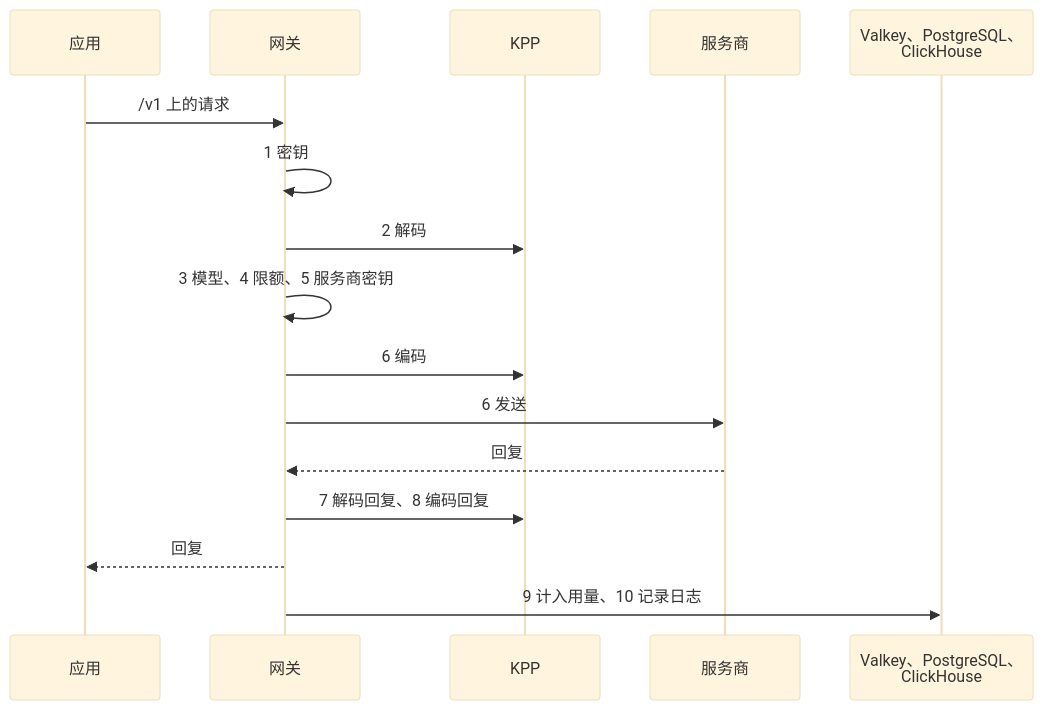
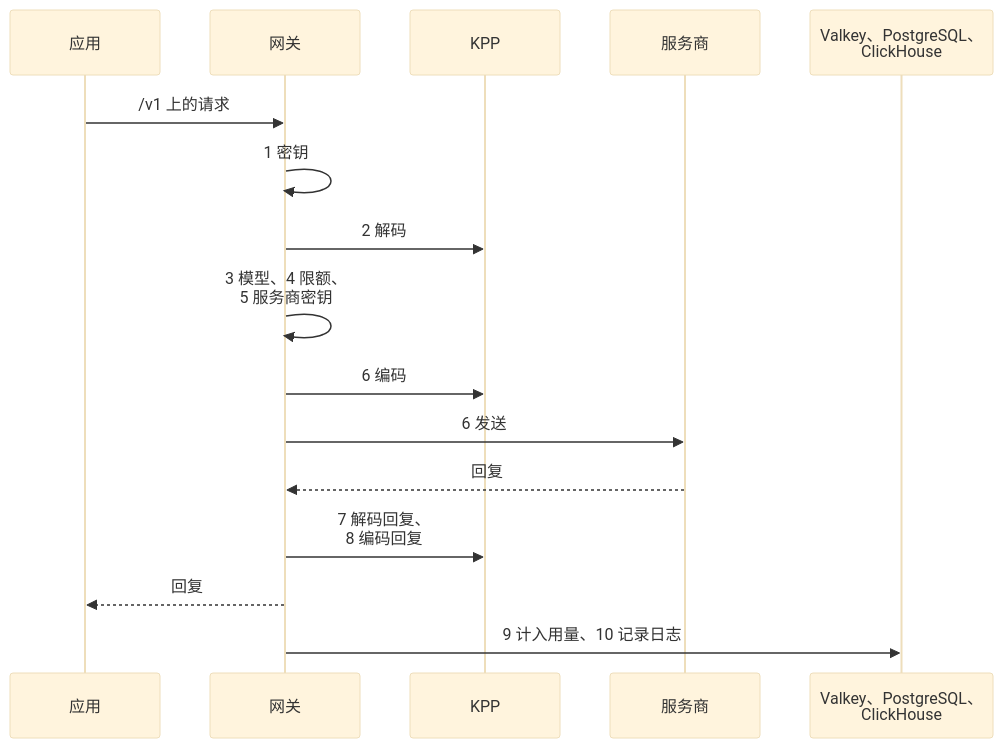
The diagram in apps/docs/content/zh-CN/development/architecture/gateway.md (logicplanes/kaeso), drawn with Mermaid (base theme) before and after one commit. The commit also changed other lines of this file and 34 other files, not shown here.

First line of the commit message:
Make the architecture overview a short guide and tighten the gateway and console pages

````diff
--- a/apps/docs/content/zh-CN/development/architecture/gateway.md
+++ b/apps/docs/content/zh-CN/development/architecture/gateway.md
@@ -11,20 +13,20 @@
 ```mermaid
 sequenceDiagram
   accTitle: 模型 API 的请求路径
   accDescr: 网关检查密钥，用 KPP 解码请求，解析模型，检查限额，选择服务商密钥，用 KPP 编码请求并发送。它用 KPP 解码回复并为应用编码，然后在 Valkey 和 PostgreSQL 中计入用量，并在 ClickHouse 中记录请求。
   participant App as 应用
   participant Gateway as 网关
   participant KPP
   participant Provider as 服务商
   participant Stores as Valkey、PostgreSQL、<br>ClickHouse
   App->>Gateway: /v1 上的请求
   Gateway->>Gateway: 1 密钥
   Gateway->>KPP: 2 解码
-  Gateway->>Gateway: 3 模型、4 限额、5 服务商密钥
+  Gateway->>Gateway: 3 模型、4 限额、<br>5 服务商密钥
   Gateway->>KPP: 6 编码
   Gateway->>Provider: 6 发送
   Provider-->>Gateway: 回复
-  Gateway->>KPP: 7 解码回复、8 编码回复
+  Gateway->>KPP: 7 解码回复、<br>8 编码回复
   Gateway-->>App: 回复
   Gateway->>Stores: 9 计入用量、10 记录日志
 ```
````
